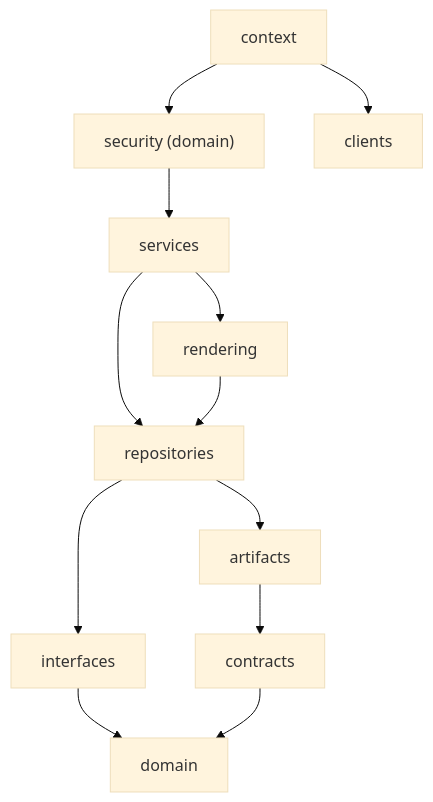
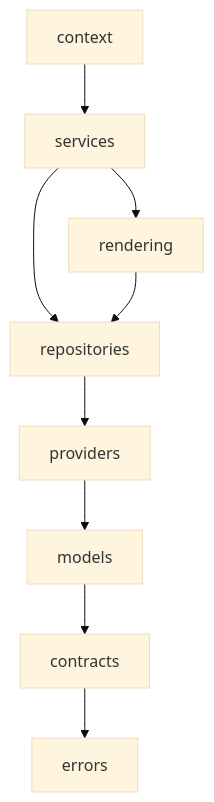
One commit to traust-security/traust-core changed the first of 3 diagrams in README.md. Above: the diagram before and after it, drawn with Mermaid (base theme). The commit also changed other lines of this file and 163 other files, not shown here.

First line of the commit message:
refactor(core): organise by role; stub domain services and repositories

````diff
--- a/README.md
+++ b/README.md
@@ -28,11 +27,10 @@
 ```mermaid
 flowchart TB
-  CTX["context"] --> SEC["security (domain)"] & CLI["clients"]
-  SEC --> SVC["services"]
+  CTX["context"] --> SVC["services"]
   SVC --> REN["rendering"] & REP["repositories"]
   REN --> REP
-  REP --> INT["interfaces"] & ART["artifacts"]
-  ART --> CON["contracts"]
-  INT --> DOM["domain"]
-  CON --> DOM
+  REP --> PRV["providers"]
+  PRV --> MOD["models"]
+  MOD --> CON["contracts"]
+  CON --> ERR["errors"]
 ```
````
